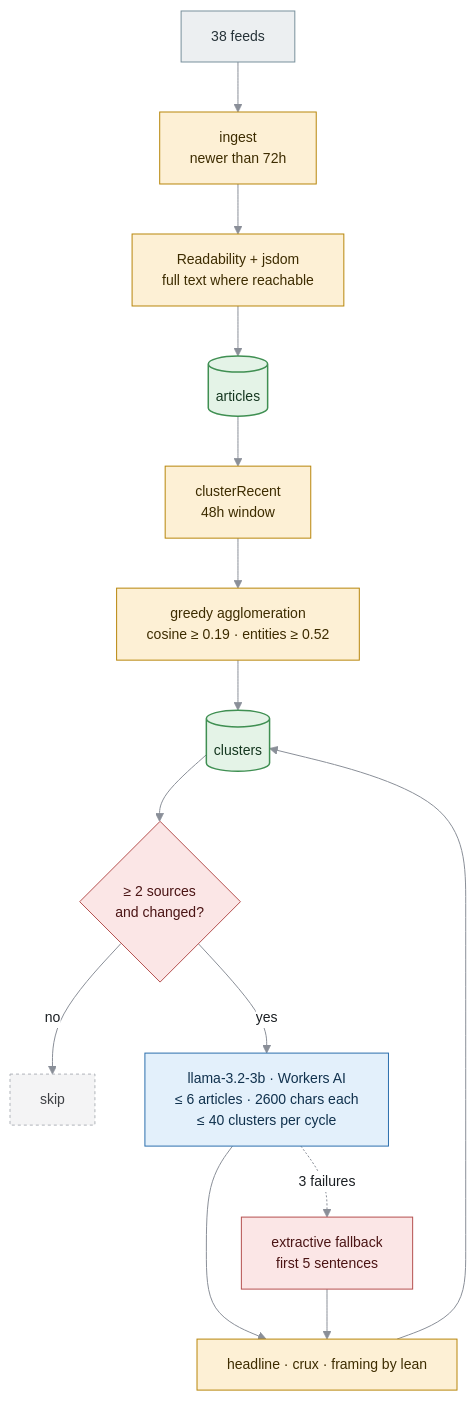
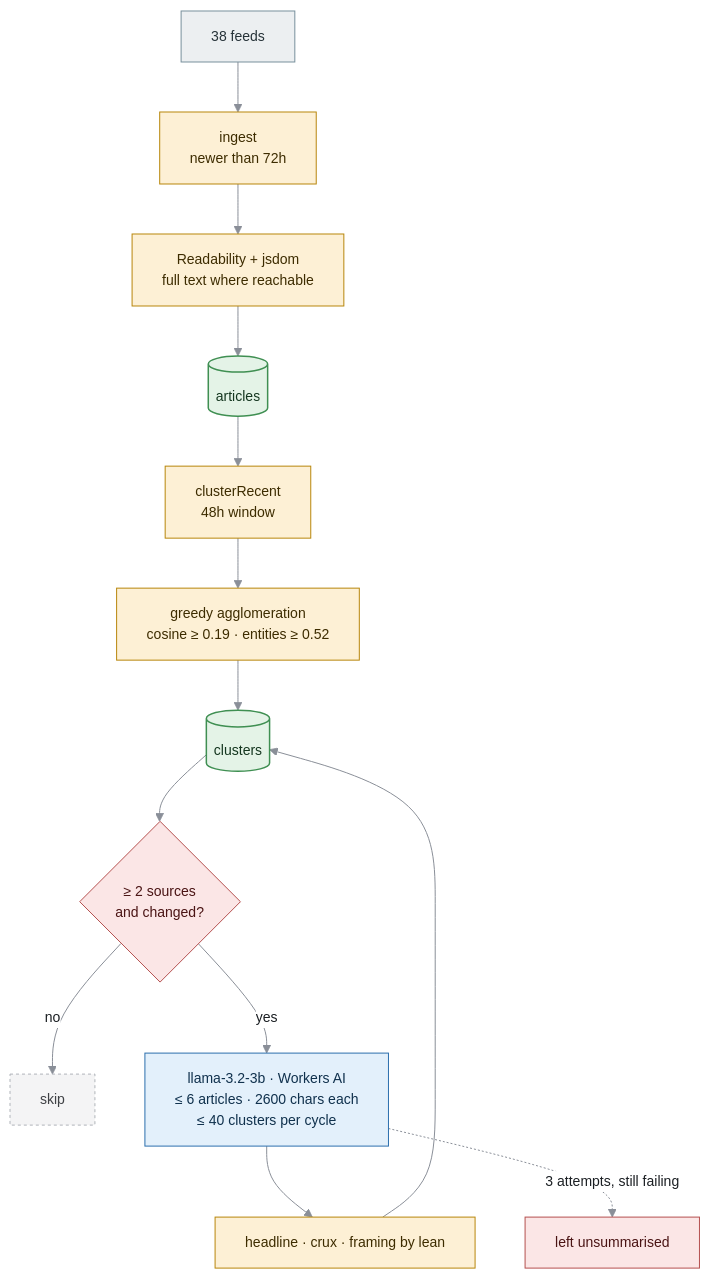
The third of 5 diagrams in ARCHITECTURE.md (nvkudva/Smart-News), drawn with Mermaid before and after one commit. The commit also changed other lines of this file, not shown here.

First line of the commit message:
The extractive placeholder is not a failure fallback

````diff
--- a/ARCHITECTURE.md
+++ b/ARCHITECTURE.md
@@ -97,24 +97,23 @@
 ```mermaid
 %%{init: {'theme':'base','themeVariables':{'fontFamily':'ui-sans-serif, system-ui, sans-serif','fontSize':'14px','lineColor':'#8a8f98','primaryTextColor':'#1b1f23','edgeLabelBackground':'#ffffff'}}}%%
 flowchart TB
   F[38 feeds]:::ext --> I[ingest<br/>newer than 72h]:::runner
   I --> R[Readability + jsdom<br/>full text where reachable]:::runner
   R --> AR[(articles)]:::store
   AR --> CL[clusterRecent<br/>48h window]:::runner
   CL --> G[greedy agglomeration<br/>cosine ≥ 0.19 · entities ≥ 0.52]:::runner
   G --> CS[(clusters)]:::store
   CS --> SU{≥ 2 sources<br/>and changed?}:::gate
   SU -->|no| SK[skip]:::scratch
   SU -->|yes| LLM[llama-3.2-3b · Workers AI<br/>≤ 6 articles · 2600 chars each<br/>≤ 40 clusters per cycle]:::cloud
   LLM --> OUT[headline · crux · framing by lean]:::runner
-  LLM -.->|3 failures| EX[extractive fallback<br/>first 5 sentences]:::gate
-  EX --> OUT
+  LLM -.->|3 attempts, still failing| GIVE[left unsummarised]:::gate
   OUT --> CS
 
   classDef ext fill:#eceff1,stroke:#78909c,color:#263238
   classDef runner fill:#fdf0d5,stroke:#b8860b,color:#3d2c00
   classDef cloud fill:#e3f0fb,stroke:#2c6fad,color:#10314d
   classDef store fill:#e4f3e7,stroke:#3f8f52,stroke-width:1.5px,color:#14361f
   classDef gate fill:#fbe6e6,stroke:#b5504f,color:#4a1414
   classDef scratch fill:#f4f4f5,stroke:#b0b4ba,color:#3f4145,stroke-dasharray:3 3
 ```
````
